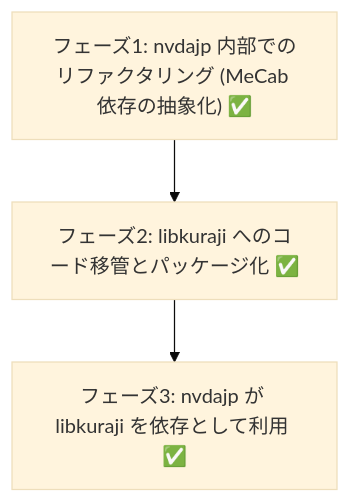
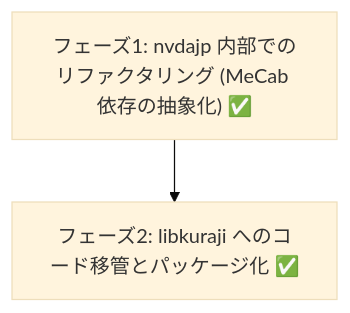
One commit to nvdajp/nvdajp changed the diagram in projectDocs/jp/braille-engine-decoupling-plan.md. Above: the diagram before and after it, drawn with Mermaid (base theme). The commit also changed other lines of this file and 11 other files, not shown here.

````diff
--- a/projectDocs/jp/braille-engine-decoupling-plan.md
+++ b/projectDocs/jp/braille-engine-decoupling-plan.md
@@ -92,5 +61,7 @@
 ```mermaid
+
 graph TD
     A["フェーズ1: nvdajp 内部でのリファクタリング (MeCab 依存の抽象化) ✅"] --> B["フェーズ2: libkuraji へのコード移管とパッケージ化 ✅"]
-    B --> C["フェーズ3: nvdajp が libkuraji を依存として利用 ✅"]
+
+
 ```
````
